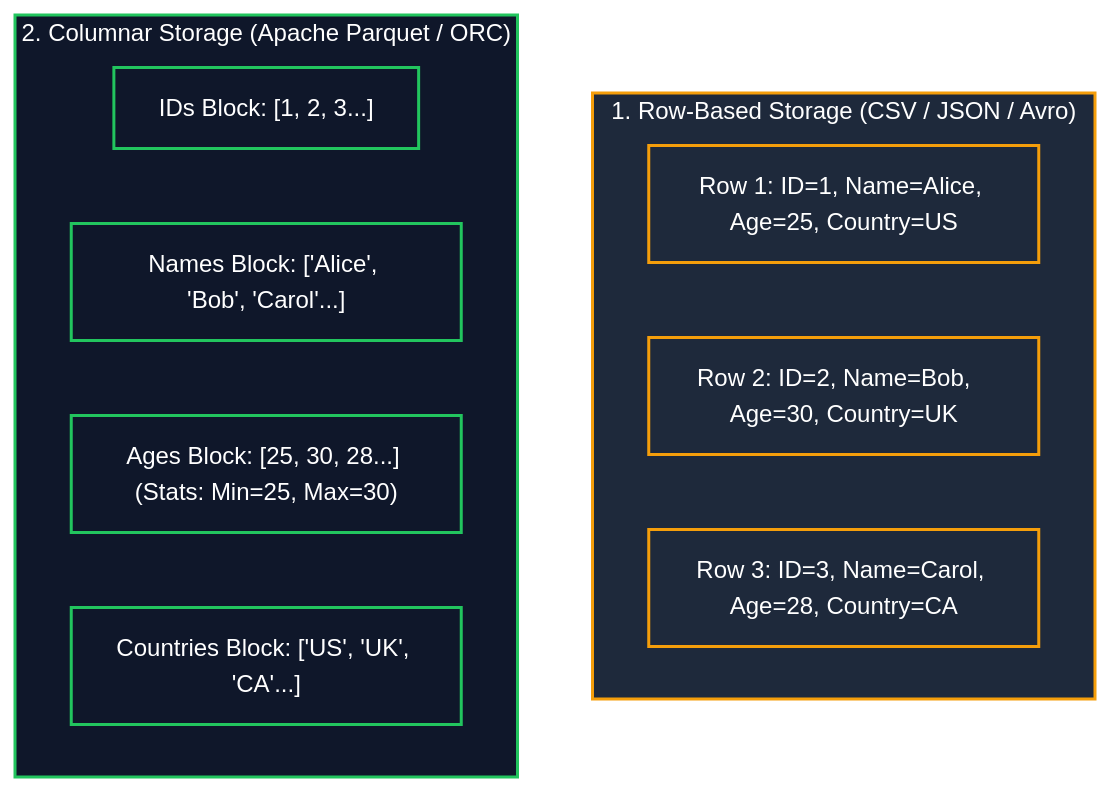
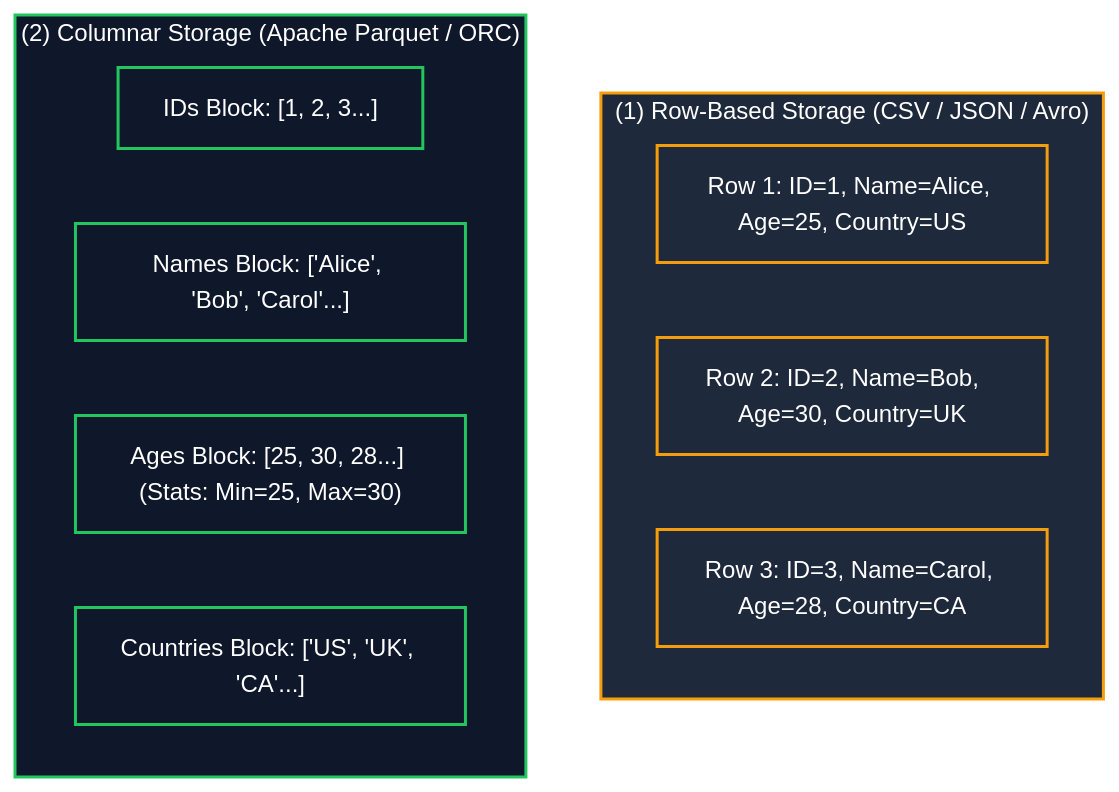
The first of 2 diagrams in content/en/03-concepts/data-formats-and-compression.md (Wathon/aws-dea-c01-note), drawn with Mermaid before and after one commit. The commit also changed 49 other files, not shown here.

Commit message:
Fix 'Unsupported markdown: list' Mermaid rendering issues across all English and Burmese notes

````diff
--- a/content/en/03-concepts/data-formats-and-compression.md
+++ b/content/en/03-concepts/data-formats-and-compression.md
@@ -26,21 +26,21 @@
 ```mermaid
 graph TD
-    subgraph RowLayout["1. Row-Based Storage (CSV / JSON / Avro)"]
+    subgraph RowLayout["(1) Row-Based Storage (CSV / JSON / Avro)"]
         R1["Row 1: ID=1, Name=Alice, Age=25, Country=US"]
         R2["Row 2: ID=2, Name=Bob,   Age=30, Country=UK"]
         R3["Row 3: ID=3, Name=Carol, Age=28, Country=CA"]
     end
 
-    subgraph ColumnarLayout["2. Columnar Storage (Apache Parquet / ORC)"]
+    subgraph ColumnarLayout["(2) Columnar Storage (Apache Parquet / ORC)"]
         C1["IDs Block: [1, 2, 3...]"]
         C2["Names Block: ['Alice', 'Bob', 'Carol'...]"]
         C3["Ages Block: [25, 30, 28...] (Stats: Min=25, Max=30)"]
         C4["Countries Block: ['US', 'UK', 'CA'...]"]
     end
 
     classDef r fill:#1e293b,stroke:#f59e0b,stroke-width:2px,color:#fff;
     classDef c fill:#0f172a,stroke:#22c55e,stroke-width:2px,color:#fff;
 
     class RowLayout,R1,R2,R3 r;
     class ColumnarLayout,C1,C2,C3,C4 c;
 ```
````
